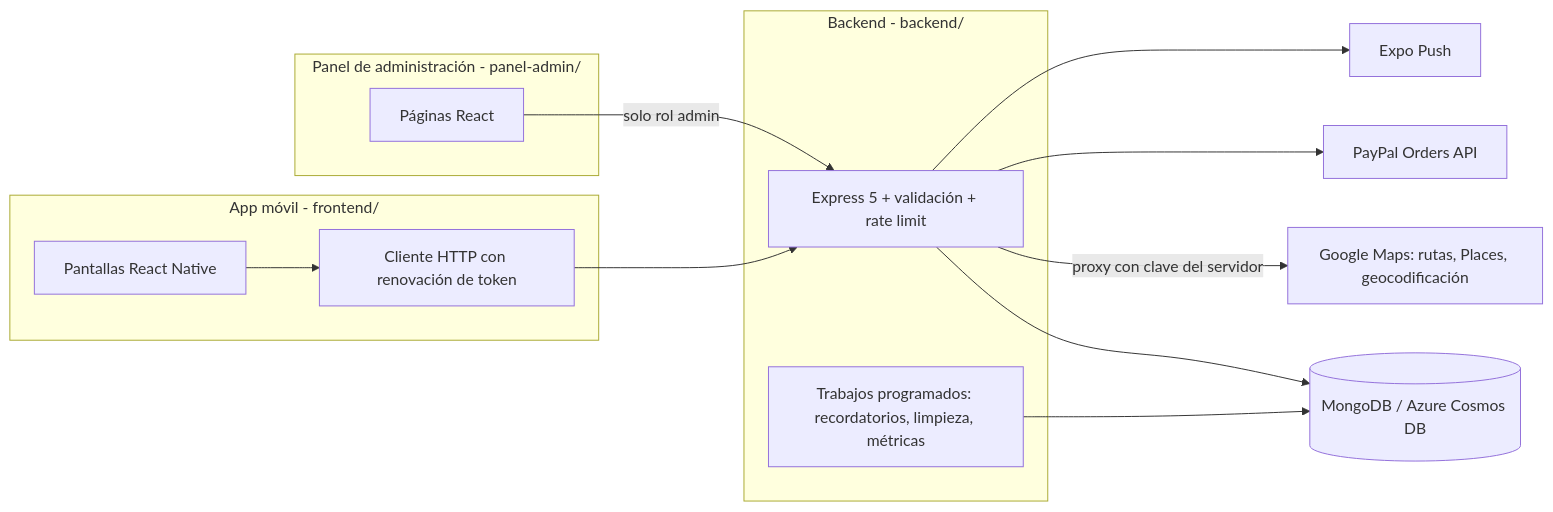
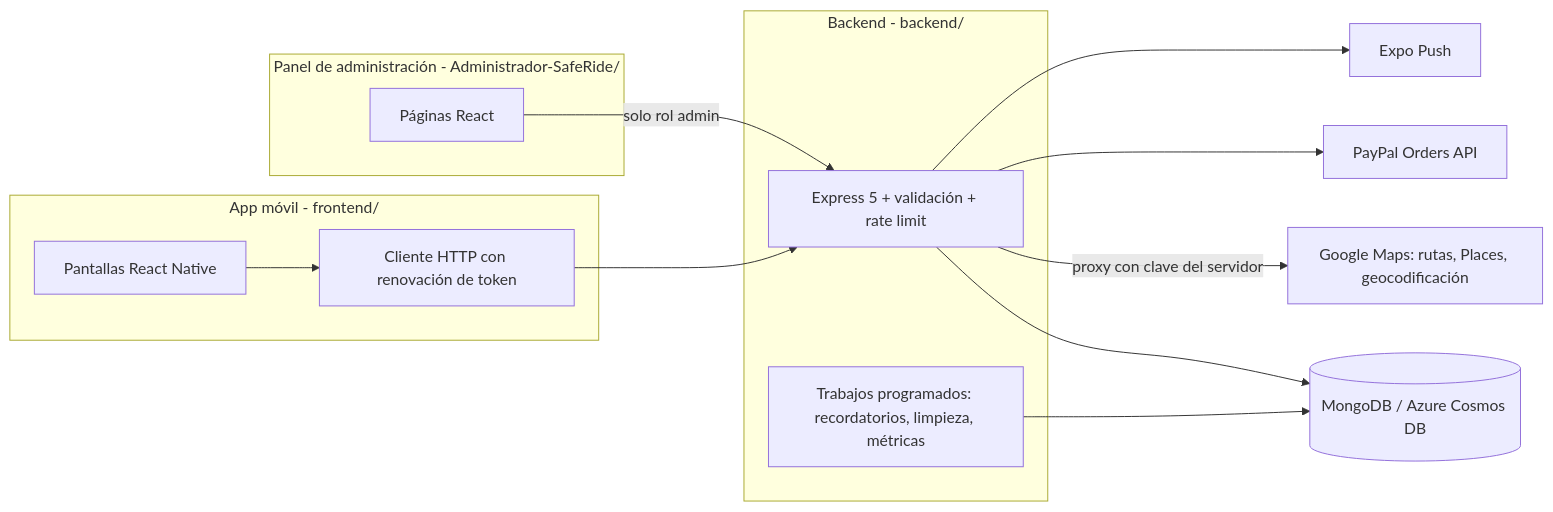
One commit to tormentionrex-hub/saferide changed the fourth of 4 diagrams in README.md. Above: the diagram before and after it, drawn with Mermaid. The commit also changed other lines of this file and 96 other files, not shown here.

Commit message:
refactor(panel): usar la carpeta Administrador-SafeRide igual que dev

````diff
--- a/README.md
+++ b/README.md
@@ -244,26 +244,26 @@
 ```mermaid
 flowchart LR
     subgraph Telefono[App móvil - frontend/]
         UI[Pantallas React Native]
         AX[Cliente HTTP con renovación de token]
     end
-    subgraph Web[Panel de administración - panel-admin/]
+    subgraph Web[Panel de administración - Administrador-SafeRide/]
         PA[Páginas React]
     end
     subgraph API[Backend - backend/]
         EX[Express 5 + validación + rate limit]
         JOB[Trabajos programados: recordatorios, limpieza, métricas]
     end
     DB[(MongoDB / Azure Cosmos DB)]
     GM[Google Maps: rutas, Places, geocodificación]
     PP[PayPal Orders API]
     EXPO[Expo Push]
 
     UI --> AX --> EX
     PA -->|solo rol admin| EX
     EX --> DB
     JOB --> DB
     EX -->|proxy con clave del servidor| GM
     EX --> PP
     EX --> EXPO
 ```
````
